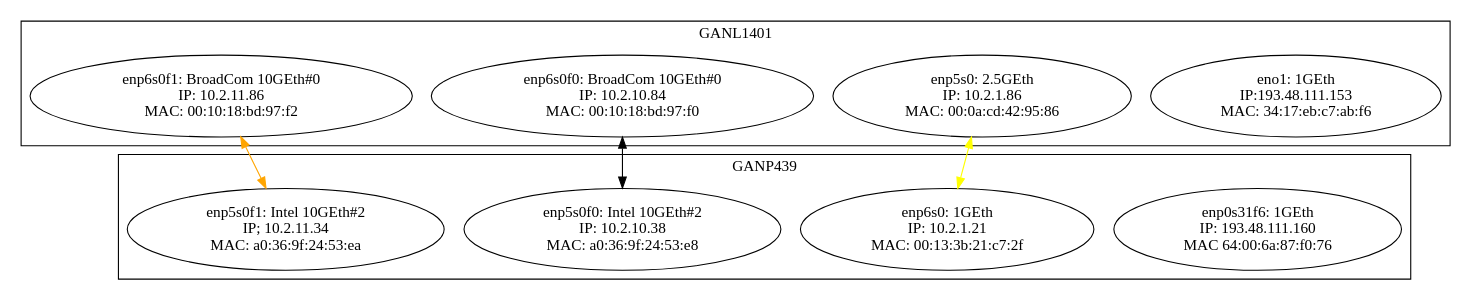
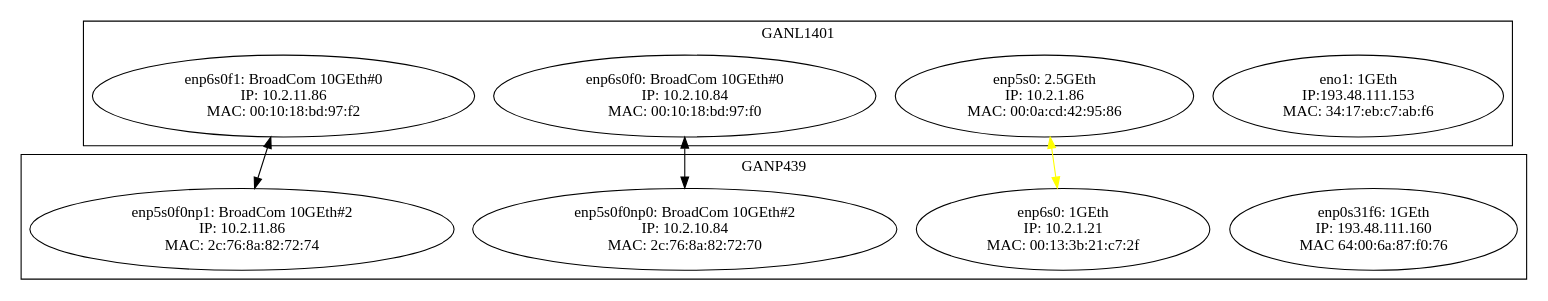
The diagram in graphInfra.dot (AdrielEP/test), drawn with Graphviz before and after one commit. The commit also changed 2 other files, not shown here.

Commit message:
bench: 2 BroadCom 10GEth#0 and #2

```diff
--- a/graphInfra.dot
+++ b/graphInfra.dot
@@ -1,34 +1,40 @@
 digraph Point2PointNetwork           
 {
   subgraph cluster_GANL1401        
   {label=GANL1401
 #motherboard
 	eno1[shape=ellipse,label="eno1: 1GEth\n IP:193.48.111.153\n MAC: 34:17:eb:c7:ab:f6"]
 #IcyBox PCIe1x 2.5GEth
 	enp5s0[shape=ellipse,label="enp5s0: 2.5GEth\n IP: 10.2.1.86\n MAC: 00:0a:cd:42:95:86"]
 #Intel 10GEth #3
 #	enp6s0f0[shape=ellipse,label="enp6s0f0: Intel 10GEth#3\n IP: 10.2.10.84\n MAC:a0:36:9f:26:8f:84"]
 #	enp6s0f1[shape=ellipse,label="enp6s0f1: Intel 10GEth#3\n IP: 10.2.11.86\n MAC: a0:36:9f:26:8f:86"]
 #BroadCom 10GEth #0
 	enp6s0f0[shape=ellipse,label="enp6s0f0: BroadCom 10GEth#0\n IP: 10.2.10.84\n MAC: 00:10:18:bd:97:f0"]
 	enp6s0f1[shape=ellipse,label="enp6s0f1: BroadCom 10GEth#0\n IP: 10.2.11.86\n MAC: 00:10:18:bd:97:f2"]
   }//GANL1401
 
   subgraph cluster_GANP349        
   {label=GANP439
 #motherboard
 	enp0s31f6[shape=ellipse,label="enp0s31f6: 1GEth\n IP: 193.48.111.160\n MAC 64:00:6a:87:f0:76"]
 #StarTech PCIe1x 1GEth
 	enp6s0[shape=ellipse,label="enp6s0: 1GEth\n IP: 10.2.1.21\n MAC: 00:13:3b:21:c7:2f"]
 #Intel 10GEth #2
-	enp5s0f0[shape=ellipse,label="enp5s0f0: Intel 10GEth#2\n IP: 10.2.10.38\n MAC: a0:36:9f:24:53:e8"]
-	enp5s0f1[shape=ellipse,label="enp5s0f1: Intel 10GEth#2\n IP; 10.2.11.34\n MAC: a0:36:9f:24:53:ea"]
+#	enp5s0f0[shape=ellipse,label="enp5s0f0: Intel 10GEth#2\n IP: 10.2.10.38\n MAC: a0:36:9f:24:53:e8"]
+#	enp5s0f1[shape=ellipse,label="enp5s0f1: Intel 10GEth#2\n IP; 10.2.11.34\n MAC: a0:36:9f:24:53:ea"]
+#BroadCom 10GEth #1
+#	enp5s0f0[shape=ellipse,label="enp5s0f0: HP 10GEth#1\n IP: 10.2.10.84\n MAC: 2c:76:8a:82:72:70"]
+#	enp5s0f1[shape=ellipse,label="enp5s0f1: HP 10GEth#1\n IP: 10.2.11.86\n MAC: 2c:76:8a:82:72:74"]
+#BroadCom 10GEth #2
+	enp5s0f0[shape=ellipse,label="enp5s0f0np0: BroadCom 10GEth#2\n IP: 10.2.10.84\n MAC: 2c:76:8a:82:72:70"]
+	enp5s0f1[shape=ellipse,label="enp5s0f0np1: BroadCom 10GEth#2\n IP: 10.2.11.86\n MAC: 2c:76:8a:82:72:74"]
   }//GANP439
 
 #Eth CAT6
   enp5s0 -> enp6s0 [dir=both color="yellow"]
 #DAC black
   enp6s0f0 -> enp5s0f0 [dir=both color="black"]
-#DAC orange
-  enp6s0f1 -> enp5s0f1 [dir=both color="orange"]
+#Dell SFP 10GEth fiber
+  enp6s0f1 -> enp5s0f1 [dir=both color="Dell SFP 10GEth"]
 }//digraph
```
